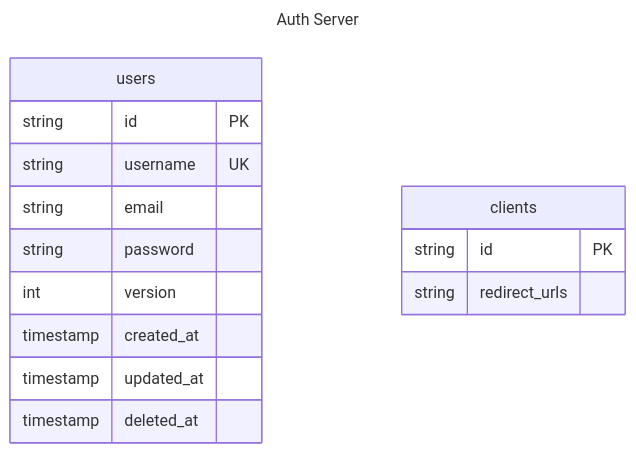
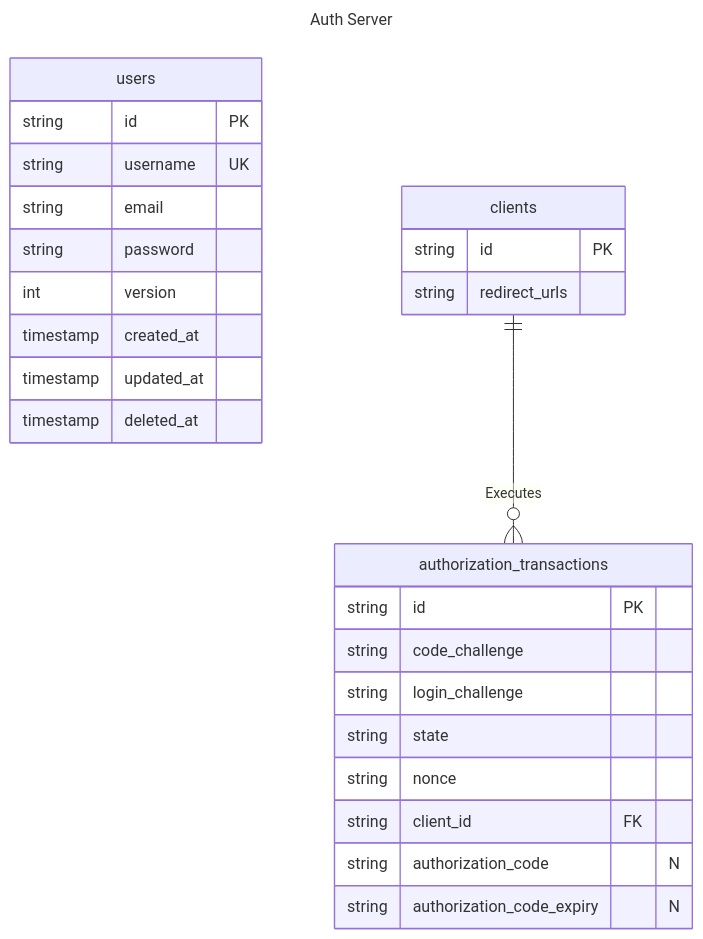
The diagram in docs/ERD.md (dnd-mapp/dma-platform), drawn with Mermaid before and after one commit. The commit also changed other lines of this file and 2 other files, not shown here.

Commit message:
Add AuthorizationTransaction model

````diff
--- a/docs/ERD.md
+++ b/docs/ERD.md
@@ -3,23 +3,37 @@
 ```mermaid
 ---
 title: Auth Server
 ---
 erDiagram
     users {
         string id       PK
         string username UK
         string email
         string password
         
         int version
 
         timestamp created_at
         timestamp updated_at
         timestamp deleted_at
     }
     
+    authorization_transactions {
+        string id               PK
+        string code_challenge
+        string login_challenge
+        string state
+        string nonce
+        string client_id        FK
+        
+        string authorization_code           "N"
+        string authorization_code_expiry    "N"
+    }
+    
     clients {
         string id               PK
         string redirect_urls
     }
+    
+    clients ||--o{ authorization_transactions : Executes
 ```
````
